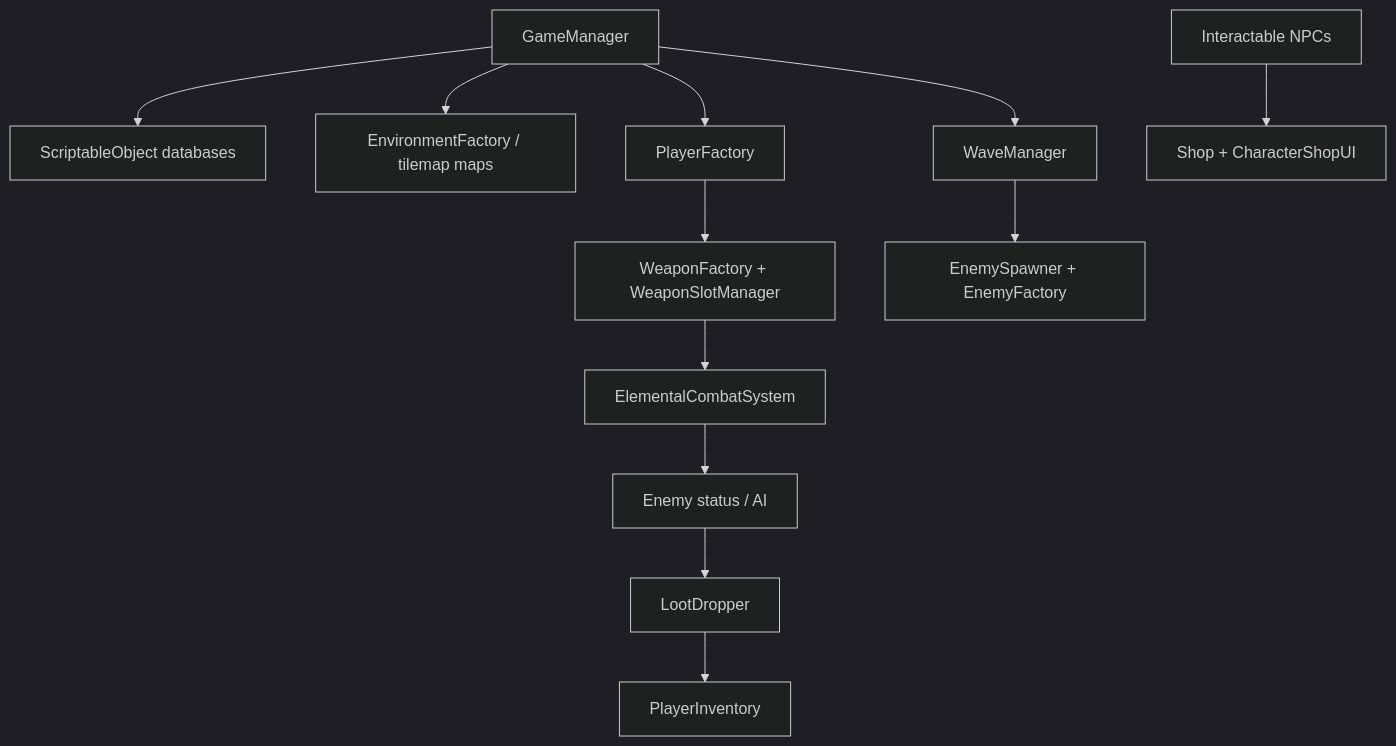
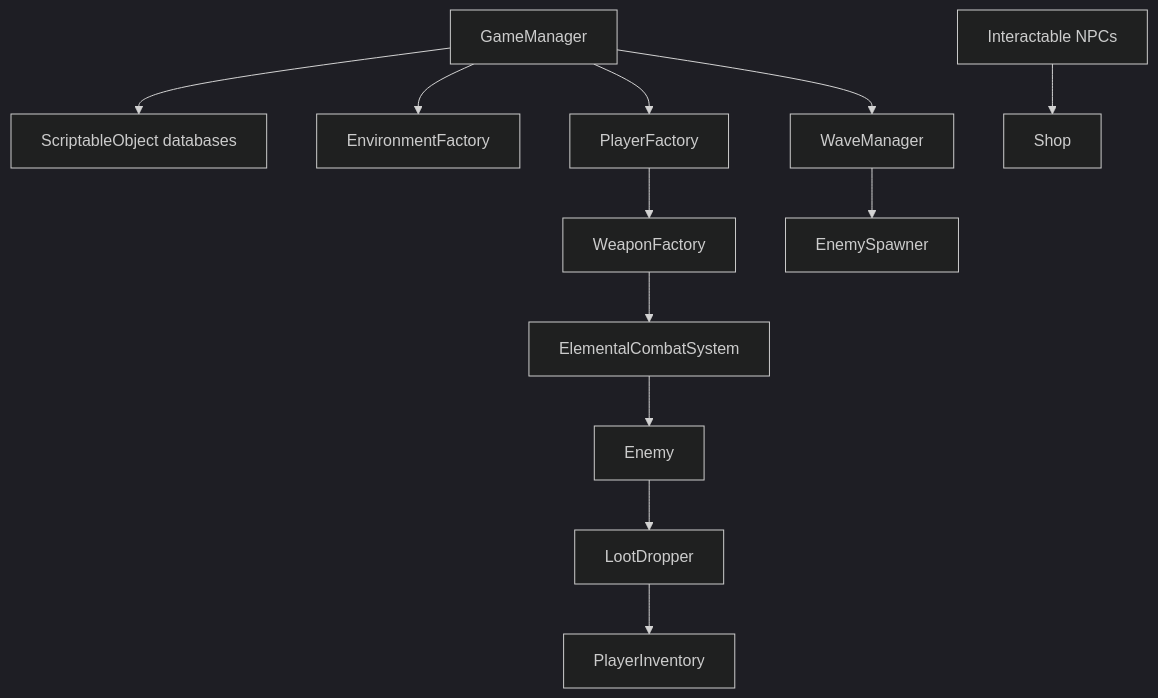
One commit to iDesole/swarmed-worm changed the diagram in README.md. Above: the diagram before and after it, drawn with Mermaid (dark theme). The commit also changed other lines of this file and 21 other files, not shown here.

````diff
--- a/README.md
+++ b/README.md
@@ -50,14 +51,14 @@
 ```mermaid
 flowchart TD
     GM[GameManager] --> DB[ScriptableObject databases]
-    GM --> Env[EnvironmentFactory / tilemap maps]
+    GM --> Env[EnvironmentFactory]
     GM --> Player[PlayerFactory]
-    Player --> Weapons[WeaponFactory + WeaponSlotManager]
+    Player --> Weapons[WeaponFactory]
     GM --> Waves[WaveManager]
-    Waves --> Spawn[EnemySpawner + EnemyFactory]
+    Waves --> Spawn[EnemySpawner]
     Weapons --> Elem[ElementalCombatSystem]
-    Elem --> Enemies[Enemy status / AI]
+    Elem --> Enemies[Enemy]
     Enemies --> Loot[LootDropper]
     Loot --> Inv[PlayerInventory]
-    NPC[Interactable NPCs] --> Shop[Shop + CharacterShopUI]
+    NPC[Interactable NPCs] --> Shop[Shop]
 ```
````
